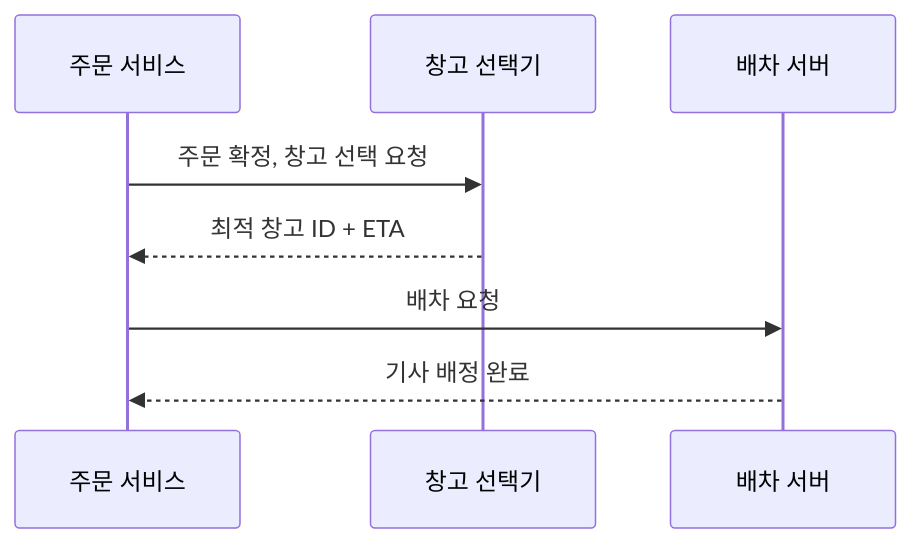
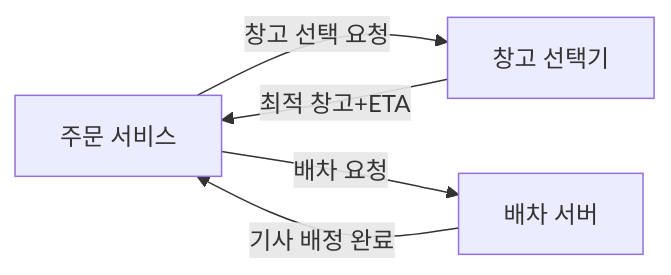
Before and after one commit to yjkim2015/yjkim2015.github.io: the second of 3 diagrams in _posts/systemdesign/2026-05-11-system-design-delivery.md, drawn with Mermaid. The commit also changed other lines of this file and 84 other files, not shown here.

First line of the commit message:
85개 포스트 Mermaid 다이어그램 규칙 일괄 수정

````diff
--- a/_posts/systemdesign/2026-05-11-system-design-delivery.md
+++ b/_posts/systemdesign/2026-05-11-system-design-delivery.md
@@ -124,10 +124,7 @@
 ```mermaid
-sequenceDiagram
-    participant O as 주문 서비스
-    participant W as 창고 선택기
-    participant D as 배차 서버
-    O->>W: 주문 확정, 창고 선택 요청
-    W-->>O: 최적 창고 ID + ETA
-    O->>D: 배차 요청
-    D-->>O: 기사 배정 완료
+graph LR
+    A[주문 서비스] -->|창고 선택 요청| B[창고 선택기]
+    B -->|최적 창고+ETA| A
+    A -->|배차 요청| C[배차 서버]
+    C -->|기사 배정 완료| A
 ```
````
